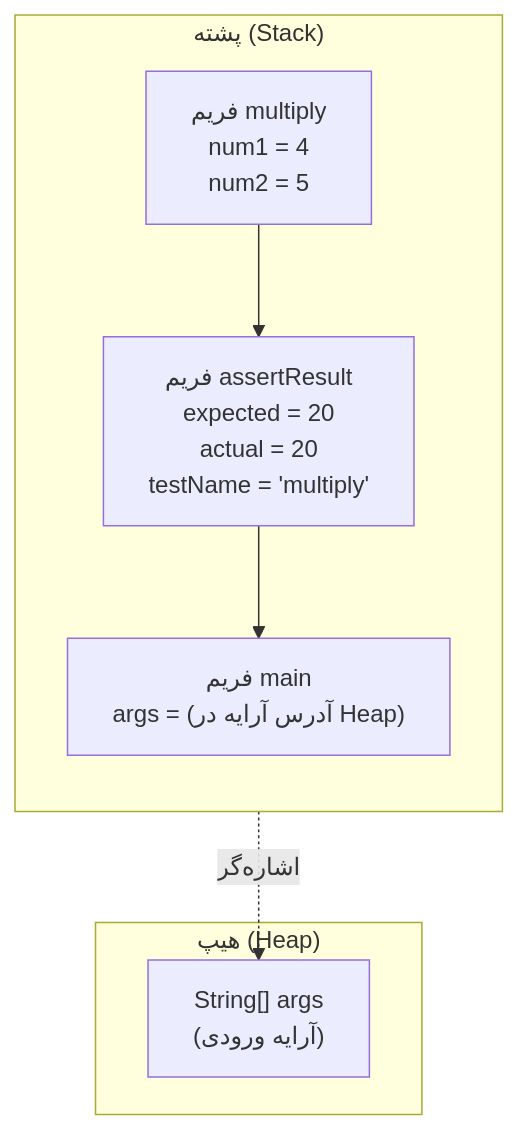
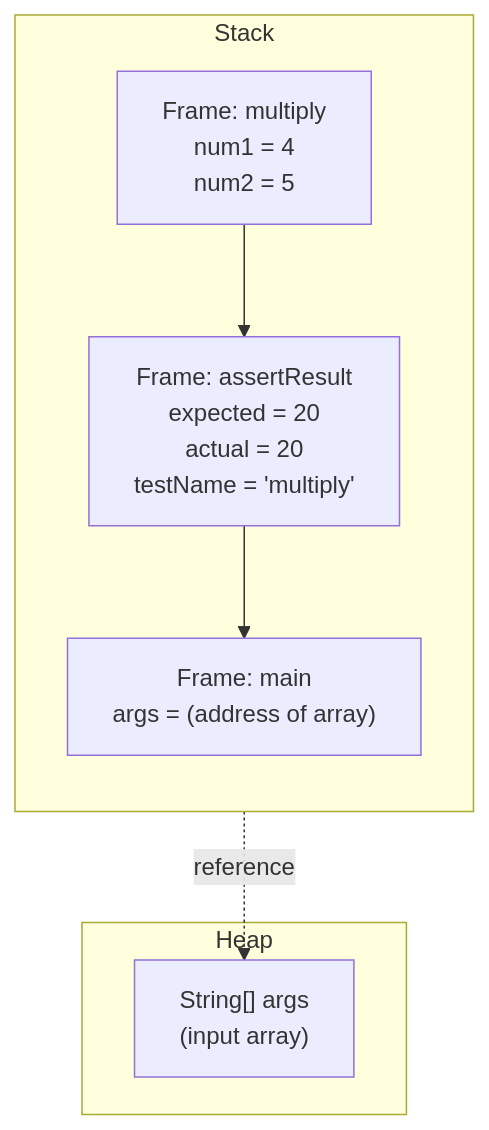
Before and after one commit to mohammadrezaazizmohammadi2/AP-Workshop5: the diagram in README.md, drawn with Mermaid. The commit also changed other lines of this file, not shown here.

````diff
--- a/README.md
+++ b/README.md
@@ -5,18 +7,18 @@
 ```mermaid
 graph TB
-    subgraph Stack["پشته (Stack)"]
+    subgraph Stack["Stack"]
         direction TB
-        Frame3["فریم multiply<br>num1 = 4<br>num2 = 5"]
-        Frame2["فریم assertResult<br>expected = 20<br>actual = 20<br>testName = 'multiply'"]
-        Frame1["فریم main<br>args = (آدرس آرایه در Heap)"]
+        Frame3["Frame: multiply<br>num1 = 4<br>num2 = 5"]
+        Frame2["Frame: assertResult<br>expected = 20<br>actual = 20<br>testName = 'multiply'"]
+        Frame1["Frame: main<br>args = (address of array)"]
         
         Frame3 --> Frame2
         Frame2 --> Frame1
     end
 
-    subgraph Heap["هیپ (Heap)"]
-        Arr["String[] args<br>(آرایه ورودی)"]
+    subgraph Heap["Heap"]
+        Arr["String[] args<br>(input array)"]
     end
 
-    Frame1 -.->|اشاره‌گر| Arr
+    Frame1 -.->|reference| Arr
 ```
````
